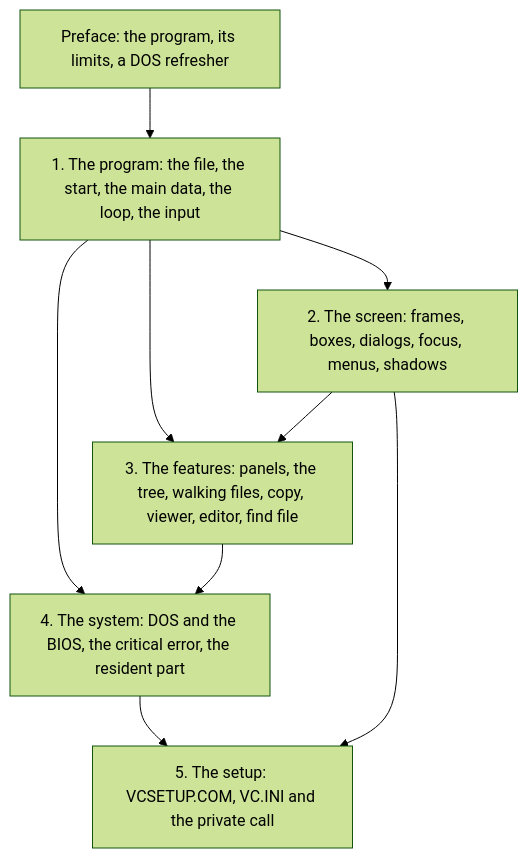
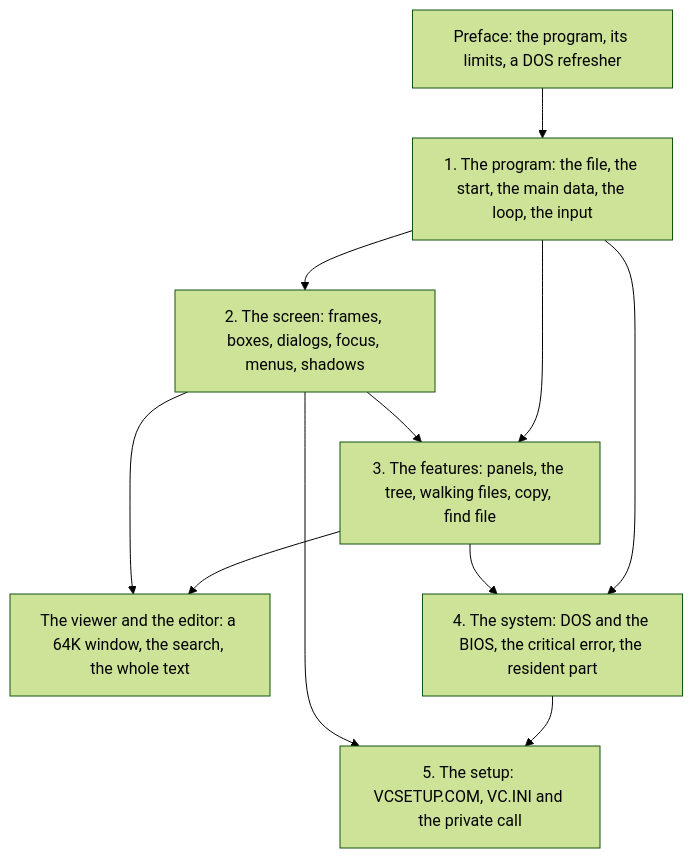
The diagram in docs/design/00-preface.md (mmotorny/vibe_commander), drawn with Mermaid (forest theme) before and after one commit. The commit also changed other lines of this file and 5 other files, not shown here.

````diff
--- a/docs/design/00-preface.md
+++ b/docs/design/00-preface.md
@@ -139,17 +139,20 @@
 ```mermaid
 graph TD
     P["Preface: the program, its limits, a DOS refresher"]
     C1["1. The program: the file, the start, the main data, the loop, the input"]
     C2["2. The screen: frames, boxes, dialogs, focus, menus, shadows"]
-    C3["3. The features: panels, the tree, walking files, copy, viewer, editor, find file"]
+    C3["3. The features: panels, the tree, walking files, copy, find file"]
+    CV["The viewer and the editor: a 64K window, the search, the whole text"]
     C4["4. The system: DOS and the BIOS, the critical error, the resident part"]
     C5["5. The setup: VCSETUP.COM, VC.INI and the private call"]
     P --> C1
     C1 --> C2
     C1 --> C3
     C2 --> C3
+    C3 --> CV
+    C2 --> CV
     C1 --> C4
     C3 --> C4
     C4 --> C5
     C2 --> C5
 ```
````
